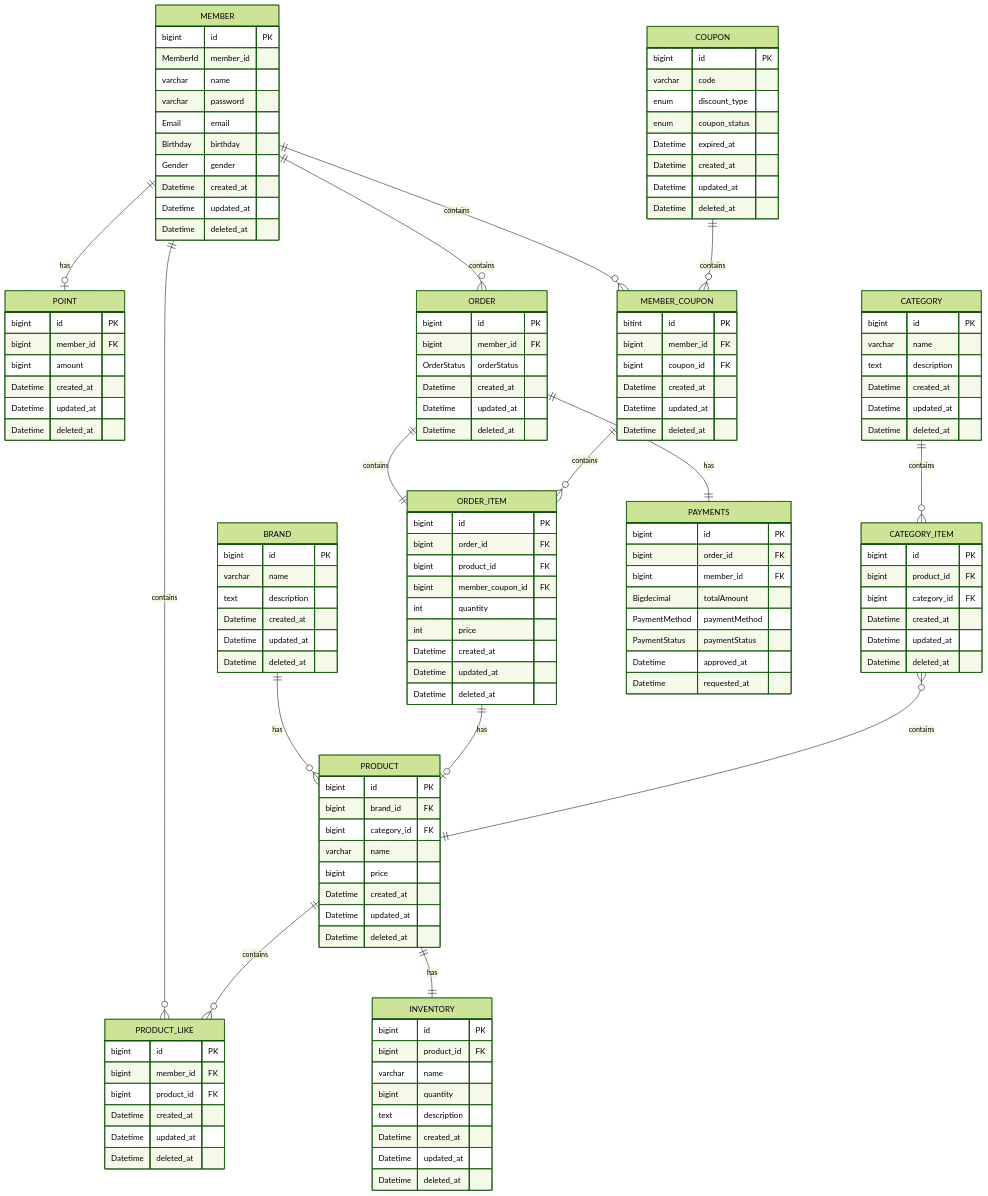
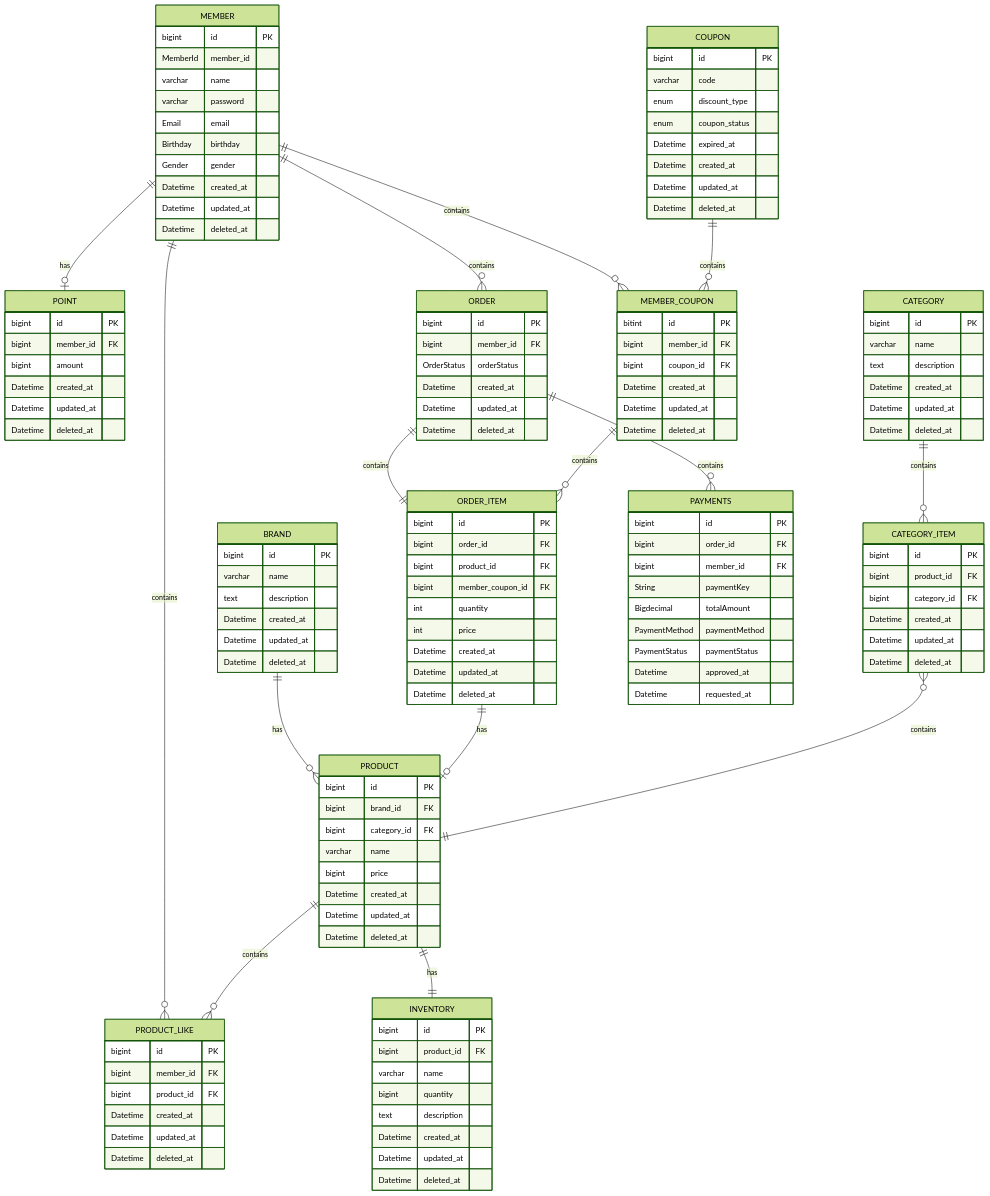
The diagram in docs/design/04-erd.md (impwy/loopers-ecommerce), drawn with Mermaid (forest theme) before and after one commit. The commit also changed 57 other files, not shown here.

````diff
--- a/docs/design/04-erd.md
+++ b/docs/design/04-erd.md
@@ -137,6 +137,7 @@
         bigint id PK
         bigint order_id FK
         bigint member_id FK
+        String paymentKey
         Bigdecimal totalAmount
         PaymentMethod paymentMethod
         PaymentStatus paymentStatus
@@ -157,6 +158,6 @@
     PRODUCT ||--|| INVENTORY : has
     CATEGORY ||--o{ CATEGORY_ITEM : contains
     CATEGORY_ITEM }o-- || PRODUCT : contains
-    ORDER ||--|| PAYMENTS : has
+    ORDER ||--o{ PAYMENTS : contains
     MEMBER_COUPON ||--o{ ORDER_ITEM : contains
 ```
````
